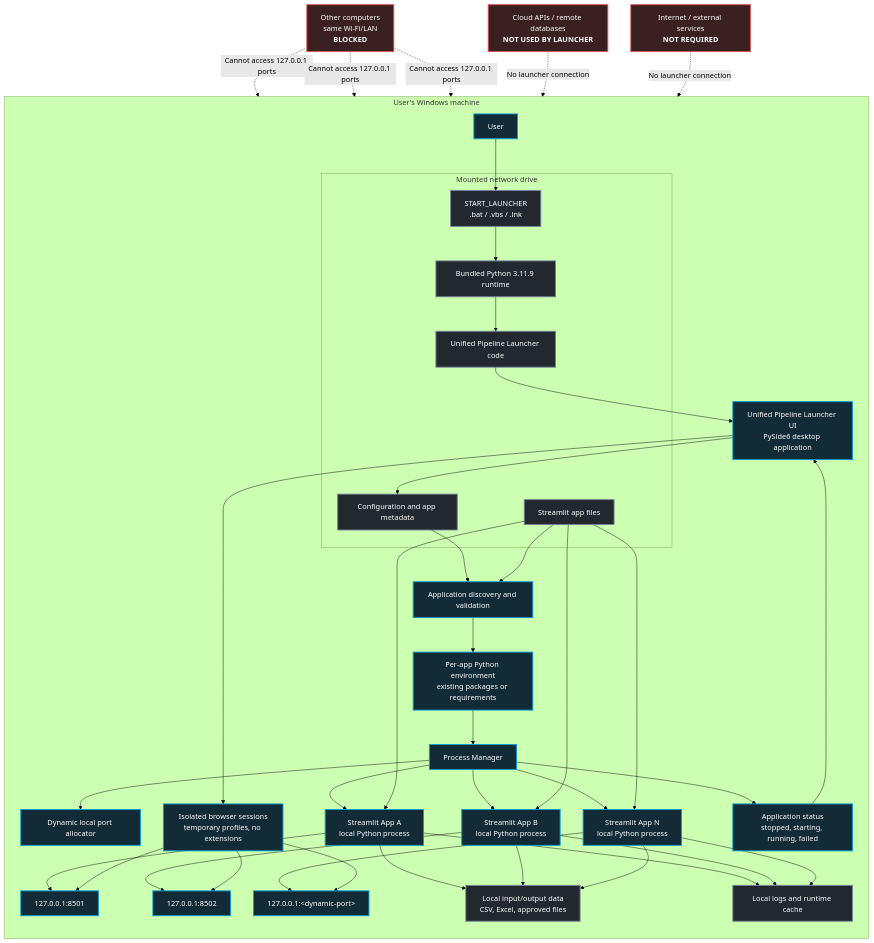
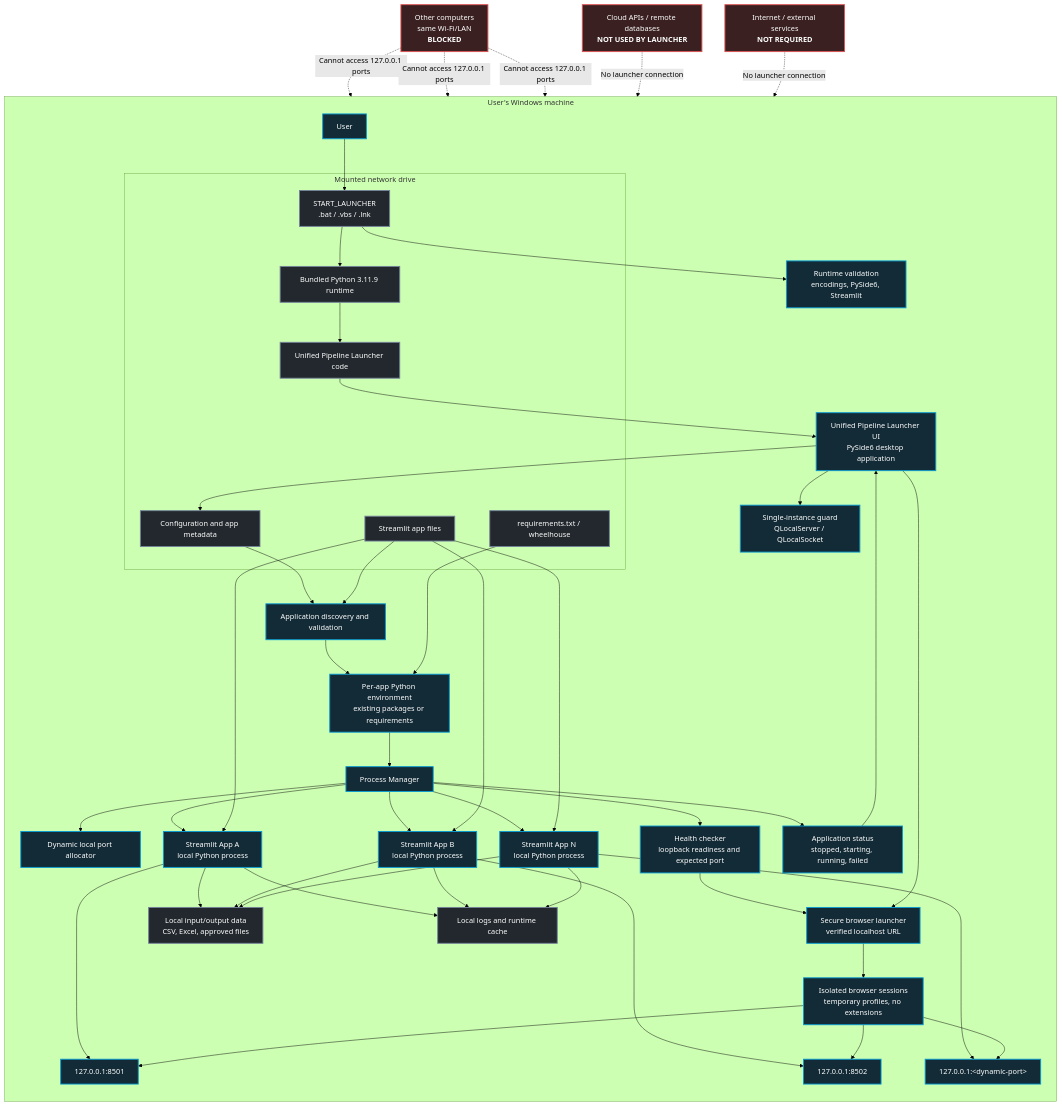
Before and after one commit to vinayvaida27/Unified-Pipeline-Launcher: the second of 2 diagrams in README.md, drawn with Mermaid (forest theme). The commit also changed 2 other files, not shown here.

Commit message:
docs: expand architecture and remove image docs

````diff
--- a/README.md
+++ b/README.md
@@ -339,12 +339,17 @@
             PY["Bundled Python 3.11.9 runtime"]
             APPS["Streamlit app files"]
             CONFIG["Configuration and app metadata"]
+            REQUIREMENTS["requirements.txt / wheelhouse"]
         end
         UI["Unified Pipeline Launcher UI<br/>PySide6 desktop application"]
+        SINGLE["Single-instance guard<br/>QLocalServer / QLocalSocket"]
+        RUNTIME["Runtime validation<br/>encodings, PySide6, Streamlit"]
         DISC["Application discovery and validation"]
         ENV["Per-app Python environment<br/>existing packages or requirements"]
         PROC["Process Manager"]
         PORT["Dynamic local port allocator"]
+        HEALTH["Health checker<br/>loopback readiness and expected port"]
+        BROWSER_LAUNCHER["Secure browser launcher<br/>verified localhost URL"]
         APP1["Streamlit App A<br/>local Python process"]
         APP2["Streamlit App B<br/>local Python process"]
         APPN["Streamlit App N<br/>local Python process"]
@@ -359,18 +364,23 @@
         START --> PY
         PY --> CODE
         CODE --> UI
+        START --> RUNTIME
+        UI --> SINGLE
         UI --> CONFIG
         CONFIG --> DISC
         DISC --> ENV
         ENV --> PROC
         PROC --> PORT
+        PROC --> HEALTH
+        HEALTH --> BROWSER_LAUNCHER
         PROC --> APP1
         PROC --> APP2
         PROC --> APPN
         APP1 --> LOCAL1
         APP2 --> LOCAL2
         APPN --> LOCALN
-        UI --> BROWSER
+        UI --> BROWSER_LAUNCHER
+        BROWSER_LAUNCHER --> BROWSER
         BROWSER --> LOCAL1
         BROWSER --> LOCAL2
         BROWSER --> LOCALN
@@ -386,6 +396,7 @@
         APPS --> APP1
         APPS --> APP2
         APPS --> APPN
+        REQUIREMENTS --> ENV
     end
     LAN["Other computers<br/>same Wi-Fi/LAN<br/><b>BLOCKED</b>"]
     INTERNET["Internet / external services<br/><b>NOT REQUIRED</b>"]
@@ -398,7 +409,7 @@
     classDef process fill:#132b36,stroke:#079bd3,color:#fff,stroke-width:2px;
     classDef storage fill:#22282d,stroke:#74829b,color:#fff,stroke-width:2px;
     classDef external fill:#3a2020,stroke:#e05252,color:#fff,stroke-width:2px;
-    class USER,UI,DISC,ENV,PROC,PORT,APP1,APP2,APPN,LOCAL1,LOCAL2,LOCALN,BROWSER,STATUS process;
-    class START,CODE,PY,APPS,CONFIG,DATA,LOGS storage;
+    class USER,UI,SINGLE,RUNTIME,DISC,ENV,PROC,PORT,HEALTH,BROWSER_LAUNCHER,APP1,APP2,APPN,LOCAL1,LOCAL2,LOCALN,BROWSER,STATUS process;
+    class START,CODE,PY,APPS,CONFIG,REQUIREMENTS,DATA,LOGS storage;
     class LAN,INTERNET,CLOUD external;
 ```
````
